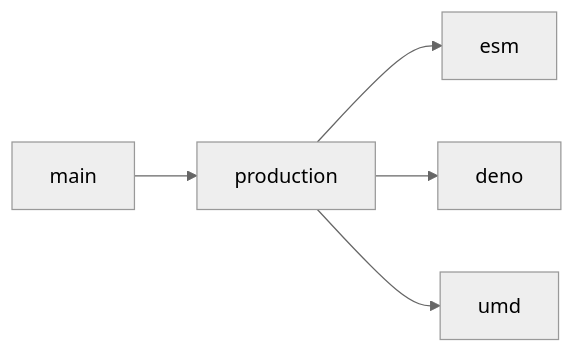
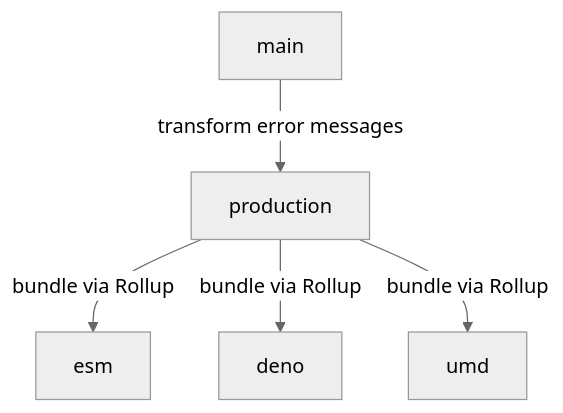
The diagram in branches.md (stdlib-js/string-snakecase), drawn with Mermaid (neutral theme) before and after one commit. The commit also changed other lines of this file, not shown here.

Commit message:
Update diagram

````diff
--- a/branches.md
+++ b/branches.md
@@ -33,7 +33,7 @@
 ```mermaid
-graph LR;
-A[main] --> B[production];
-B --> C[esm];
-B --> D[deno];
-B --> E[umd];
+graph TD;
+A[main] -->|transform error messages| B[production];
+B -->|bundle via Rollup| C[esm];
+B -->|bundle via Rollup| D[deno];
+B -->|bundle via Rollup| E[umd];
 ```
````
